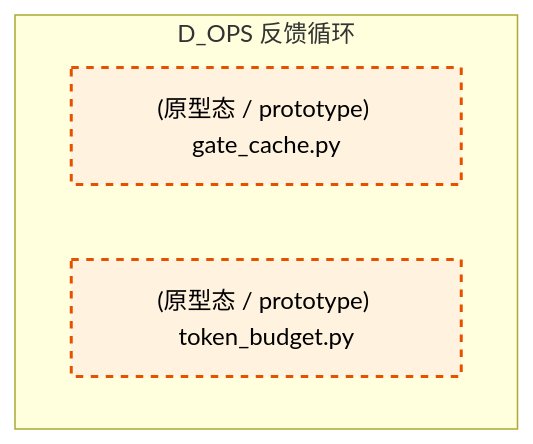
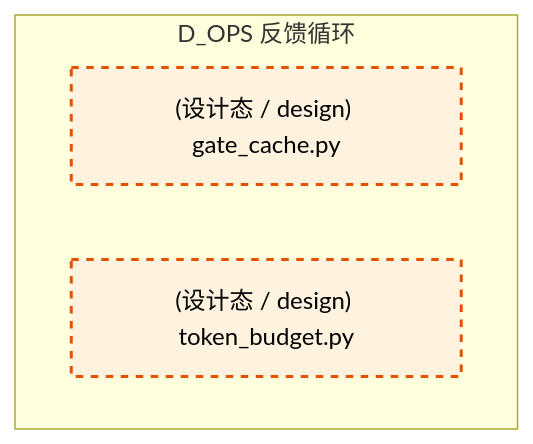
Before and after one commit to xuanFelixVan/ZephyrAlpha: the third of 4 diagrams in docs/02_enterprise_architecture/02_domain_architecture_docs/21_d_ops.md, drawn with Mermaid. The commit also changed other lines of this file and 177 other files, not shown here.

````diff
--- a/docs/02_enterprise_architecture/02_domain_architecture_docs/21_d_ops.md
+++ b/docs/02_enterprise_architecture/02_domain_architecture_docs/21_d_ops.md
@@ -201,12 +200,12 @@
 ```mermaid
 graph TD
     subgraph D_OPS["D_OPS 反馈循环"]
-        scripts_governance_observability_gate_cache_py["(原型态 / prototype) gate_cache.py"]
-        src_zephyr_governance_ops_governance_token_budget_py["(原型态 / prototype) token_budget.py"]
+        scripts_governance_observability_gate_cache_py["(设计态 / design) gate_cache.py"]
+        src_zephyr_governance_ops_governance_token_budget_py["(设计态 / design) token_budget.py"]
     end
     classDef production fill:#e1f5fe,stroke:#01579b,stroke-width:2px,color:#000
     classDef design fill:#fff3e0,stroke:#e65100,stroke-width:2px,color:#000,stroke-dasharray: 5 5
     classDef external_prod fill:#e8f5e9,stroke:#1b5e20,stroke-width:1px,color:#000
     classDef external_design fill:#fce4ec,stroke:#880e4f,stroke-width:1px,color:#000,stroke-dasharray: 5 5
     class scripts_governance_observability_gate_cache_py,src_zephyr_governance_ops_governance_token_budget_py design
 ```
````
